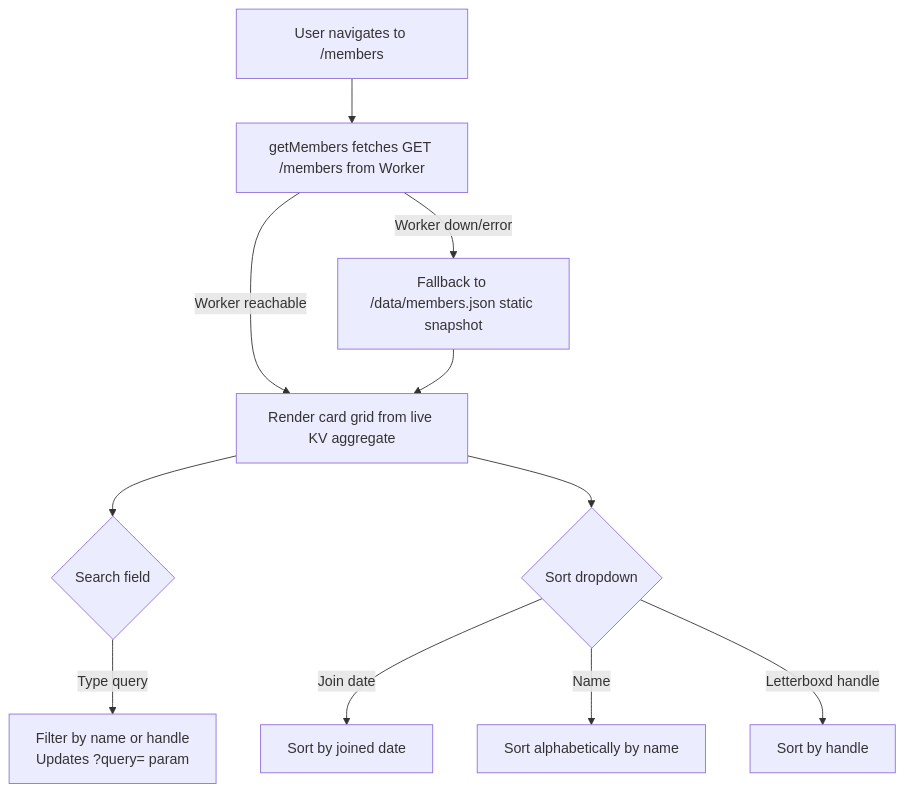
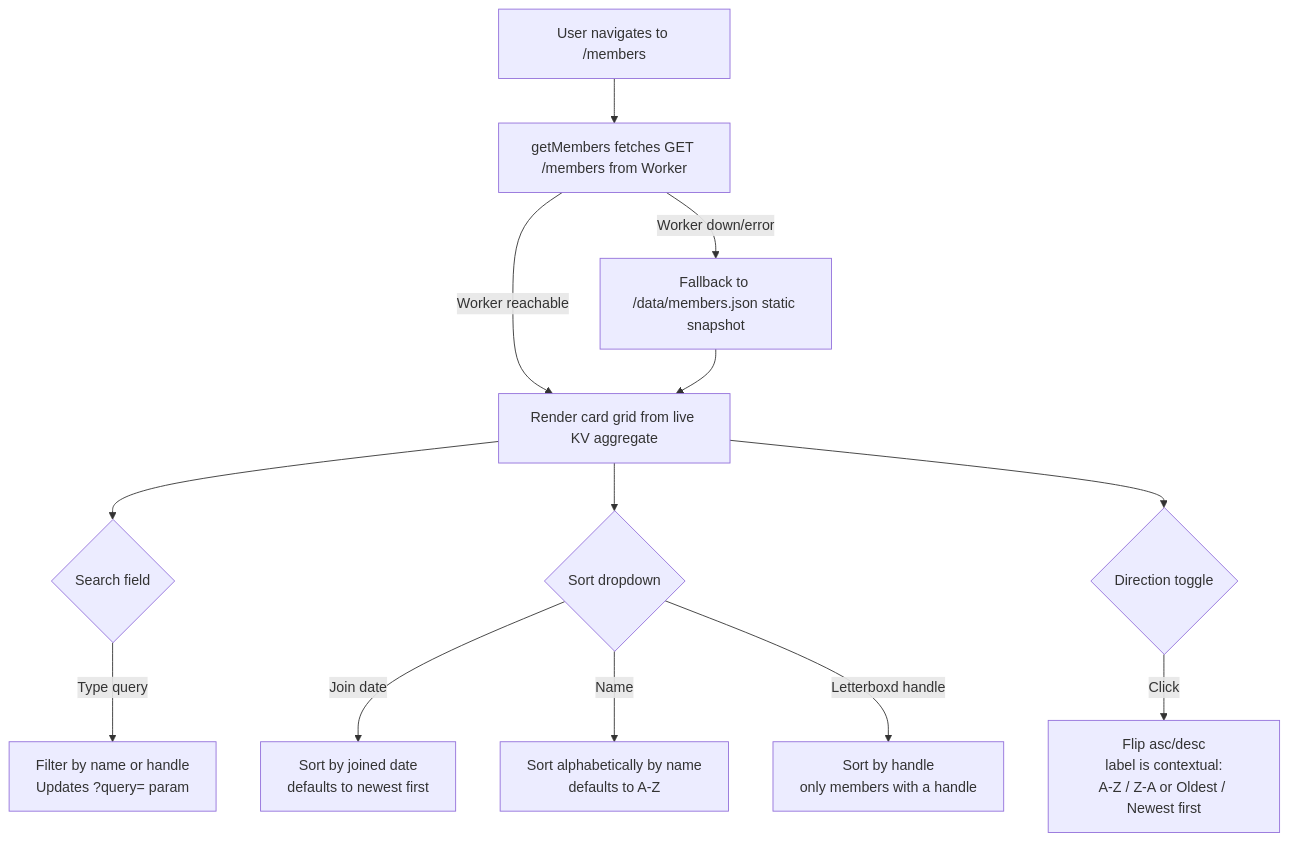
Before and after one commit to michaellambgelo/jxnfilmclub: the diagram in docs/features/members-directory.md, drawn with Mermaid. The commit also changed other lines of this file and 6 other files, not shown here.

First line of the commit message:
Members: filter handle sort to Letterboxd members, add direction toggle

````diff
--- a/docs/features/members-directory.md
+++ b/docs/features/members-directory.md
@@ -33,15 +33,18 @@
 ```mermaid
 flowchart TD
     A[User navigates to /members] --> B[getMembers fetches GET /members from Worker]
     B -->|Worker reachable| C[Render card grid from live KV aggregate]
     B -->|Worker down/error| Bfb[Fallback to /data/members.json static snapshot]
     Bfb --> C
 
     C --> D{Search field}
     D -->|Type query| E[Filter by name or handle<br/>Updates ?query= param]
 
     C --> F{Sort dropdown}
-    F -->|Join date| G[Sort by joined date]
-    F -->|Name| H[Sort alphabetically by name]
-    F -->|Letterboxd handle| I[Sort by handle]
+    F -->|Join date| G[Sort by joined date<br/>defaults to newest first]
+    F -->|Name| H[Sort alphabetically by name<br/>defaults to A-Z]
+    F -->|Letterboxd handle| I[Sort by handle<br/>only members with a handle]
+
+    C --> J{Direction toggle}
+    J -->|Click| K[Flip asc/desc<br/>label is contextual:<br/>A-Z / Z-A or Oldest / Newest first]
 ```
````
